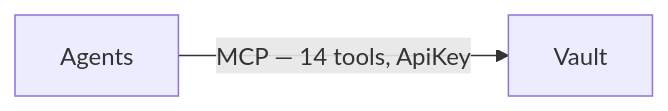
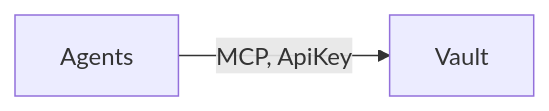
The tenth of 11 diagrams in docs/ARCHITECTURE.md (dgraziosi/foundation), drawn with Mermaid before and after one commit. The commit also changed other lines of this file and 10 other files, not shown here.

````diff
--- a/docs/ARCHITECTURE.md
+++ b/docs/ARCHITECTURE.md
@@ -264,4 +264,4 @@
 ```mermaid
 flowchart LR
-  agents["Agents"] -->|"MCP — 14 tools, ApiKey"| vault["Vault"]
+  agents["Agents"] -->|"MCP, ApiKey"| vault["Vault"]
 ```
````
